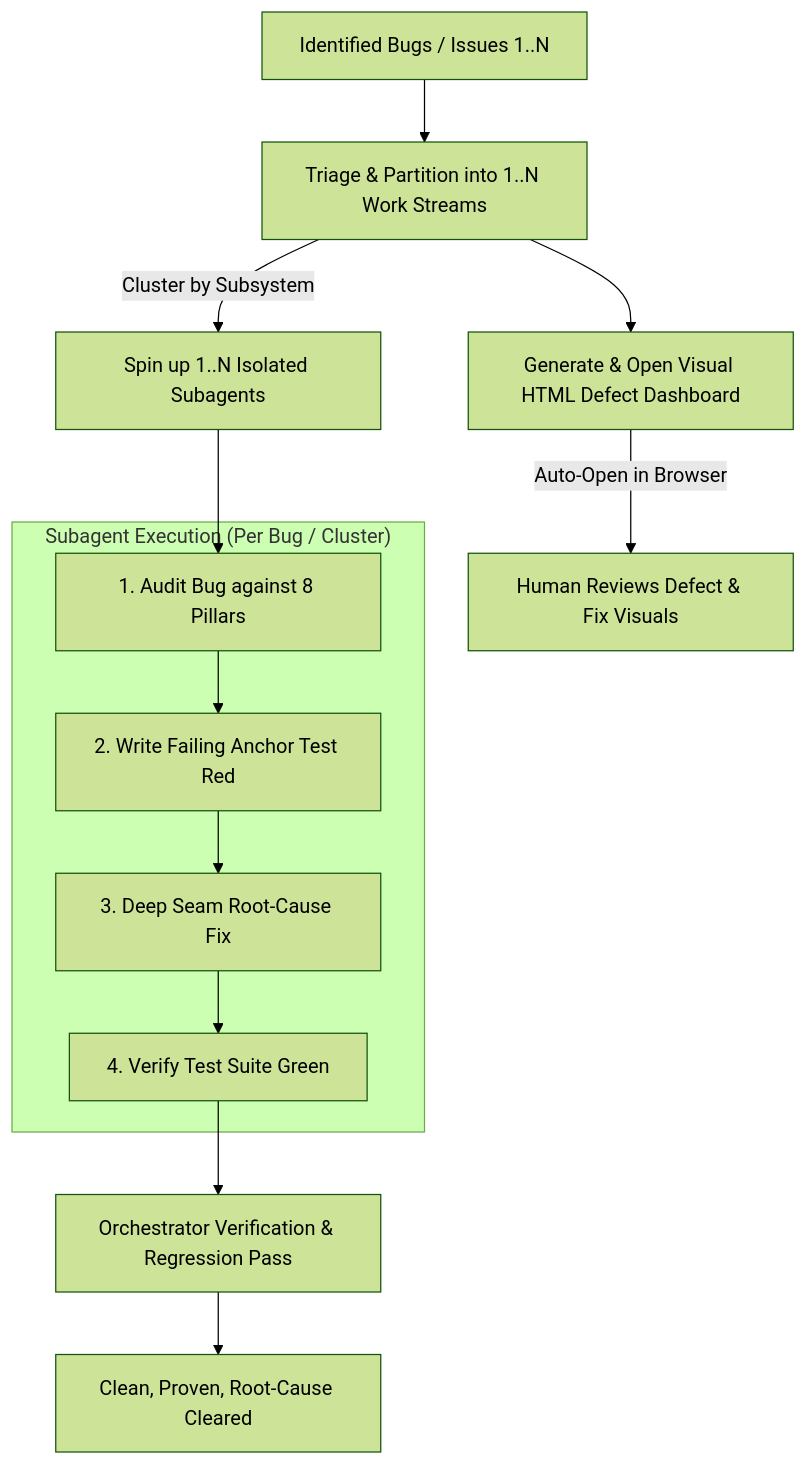
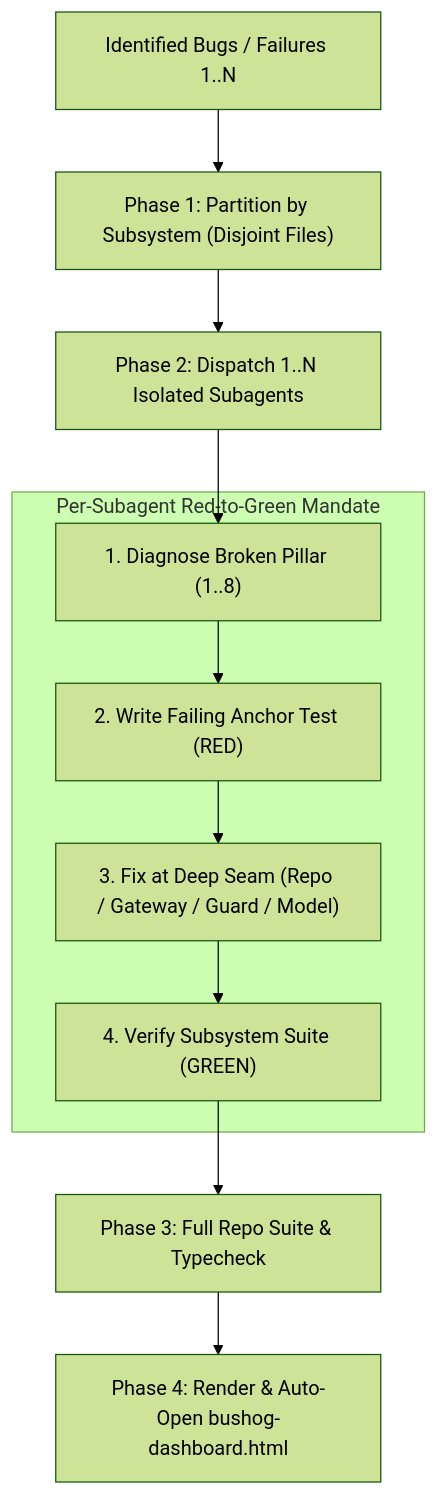
The diagram in skills/bushog/SKILL.md (mcmxciillan/code-gardening), drawn with Mermaid (forest theme) before and after one commit. The commit also changed other lines of this file and 10 other files, not shown here.

Commit message:
refactor(skills): sharpen context pointers, extract PILLARS/DASHBOARD references, and fix subagent execution flows

````diff
--- a/skills/bushog/SKILL.md
+++ b/skills/bushog/SKILL.md
@@ -14,17 +12,15 @@
 ```mermaid
 graph TD
-    UserOrchestrator[Identified Bugs / Issues 1..N] --> Triage[Triage & Partition into 1..N Work Streams]
-    Triage --> HTML[Generate & Open Visual HTML Defect Dashboard]
-    HTML -->|Auto-Open in Browser| User[Human Reviews Defect & Fix Visuals]
-    Triage -->|Cluster by Subsystem| Workers[Spin up 1..N Isolated Subagents]
-    
-    subgraph "Subagent Execution (Per Bug / Cluster)"
-        W1[1. Audit Bug against 8 Pillars] --> W2[2. Write Failing Anchor Test Red]
-        W2 --> W3[3. Deep Seam Root-Cause Fix]
-        W3 --> W4[4. Verify Test Suite Green]
+    Input["Identified Bugs / Failures 1..N"] --> Triage["Phase 1: Partition by Subsystem (Disjoint Files)"]
+    Triage --> Workers["Phase 2: Dispatch 1..N Isolated Subagents"]
+
+    subgraph "Per-Subagent Red-to-Green Mandate"
+        W1["1. Diagnose Broken Pillar (1..8)"] --> W2["2. Write Failing Anchor Test (RED)"]
+        W2 --> W3["3. Fix at Deep Seam (Repo / Gateway / Guard / Model)"]
+        W3 --> W4["4. Verify Subsystem Suite (GREEN)"]
     end
 
     Workers --> W1
-    W4 --> Aggregate[Orchestrator Verification & Regression Pass]
-    Aggregate --> Done[Clean, Proven, Root-Cause Cleared]
+    W4 --> Verify["Phase 3: Full Repo Suite & Typecheck"]
+    Verify --> HTML["Phase 4: Render & Auto-Open bushog-dashboard.html"]
 ```
````
